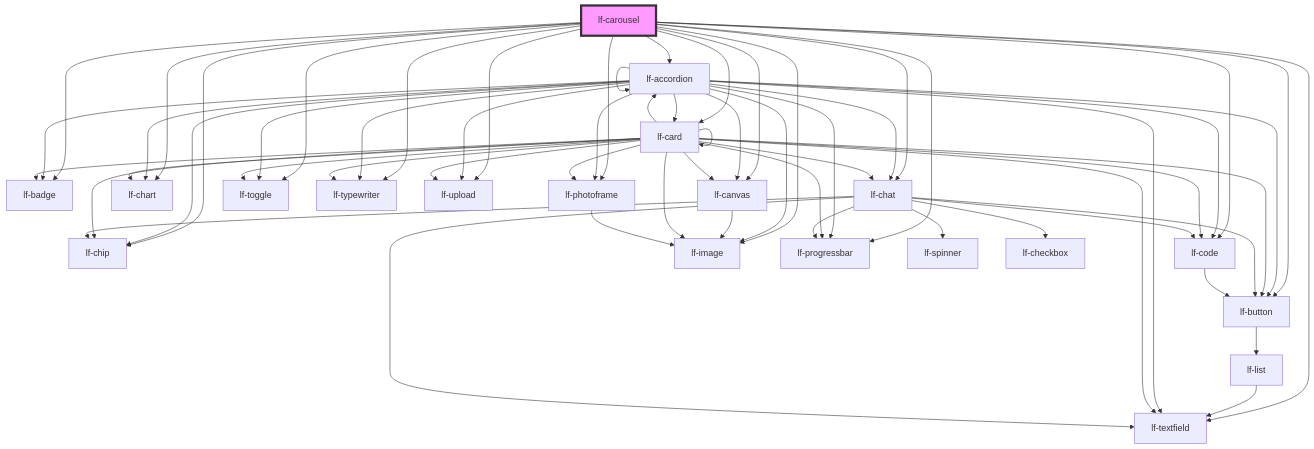
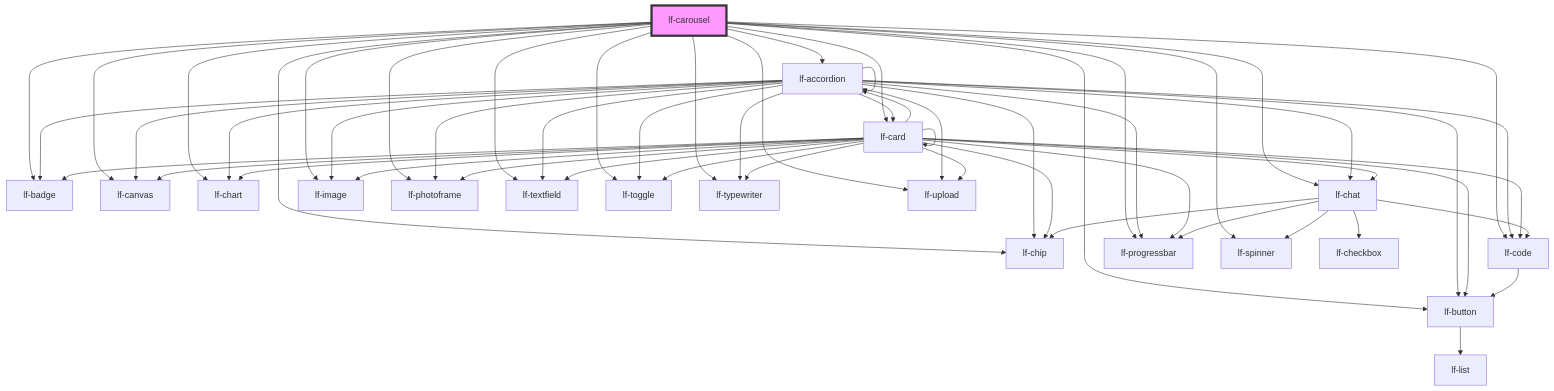
One commit to lucafoscili/lf-widgets changed the diagram in packages/core/src/components/lf-carousel/readme.md. Above: the diagram before and after it, drawn with Mermaid. The commit also changed other lines of this file and 96 other files, not shown here.

First line of the commit message:
chore: Refactor core components to use FC-based Button and Textfield

````diff
--- a/packages/core/src/components/lf-carousel/readme.md
+++ b/packages/core/src/components/lf-carousel/readme.md
@@ -160,64 +161,60 @@
 ```mermaid
 graph TD;
-  lf-carousel --> lf-button
   lf-carousel --> lf-accordion
   lf-carousel --> lf-badge
+  lf-carousel --> lf-button
   lf-carousel --> lf-canvas
   lf-carousel --> lf-card
   lf-carousel --> lf-chart
   lf-carousel --> lf-chat
   lf-carousel --> lf-chip
   lf-carousel --> lf-code
   lf-carousel --> lf-image
   lf-carousel --> lf-photoframe
   lf-carousel --> lf-progressbar
   lf-carousel --> lf-textfield
   lf-carousel --> lf-toggle
   lf-carousel --> lf-typewriter
   lf-carousel --> lf-upload
-  lf-button --> lf-list
-  lf-list --> lf-textfield
+  lf-carousel --> lf-spinner
   lf-accordion --> lf-accordion
   lf-accordion --> lf-badge
   lf-accordion --> lf-button
   lf-accordion --> lf-canvas
   lf-accordion --> lf-card
   lf-accordion --> lf-chart
   lf-accordion --> lf-chat
   lf-accordion --> lf-chip
   lf-accordion --> lf-code
   lf-accordion --> lf-image
   lf-accordion --> lf-photoframe
   lf-accordion --> lf-progressbar
   lf-accordion --> lf-textfield
   lf-accordion --> lf-toggle
   lf-accordion --> lf-typewriter
   lf-accordion --> lf-upload
-  lf-canvas --> lf-image
+  lf-button --> lf-list
   lf-card --> lf-accordion
   lf-card --> lf-badge
   lf-card --> lf-button
   lf-card --> lf-canvas
   lf-card --> lf-card
   lf-card --> lf-chart
   lf-card --> lf-chat
   lf-card --> lf-chip
   lf-card --> lf-code
   lf-card --> lf-image
   lf-card --> lf-photoframe
   lf-card --> lf-progressbar
   lf-card --> lf-textfield
   lf-card --> lf-toggle
   lf-card --> lf-typewriter
   lf-card --> lf-upload
   lf-chat --> lf-chip
-  lf-chat --> lf-button
-  lf-chat --> lf-textfield
   lf-chat --> lf-spinner
   lf-chat --> lf-code
   lf-chat --> lf-progressbar
   lf-chat --> lf-checkbox
   lf-code --> lf-button
-  lf-photoframe --> lf-image
   style lf-carousel fill:#f9f,stroke:#333,stroke-width:4px
 ```
````
